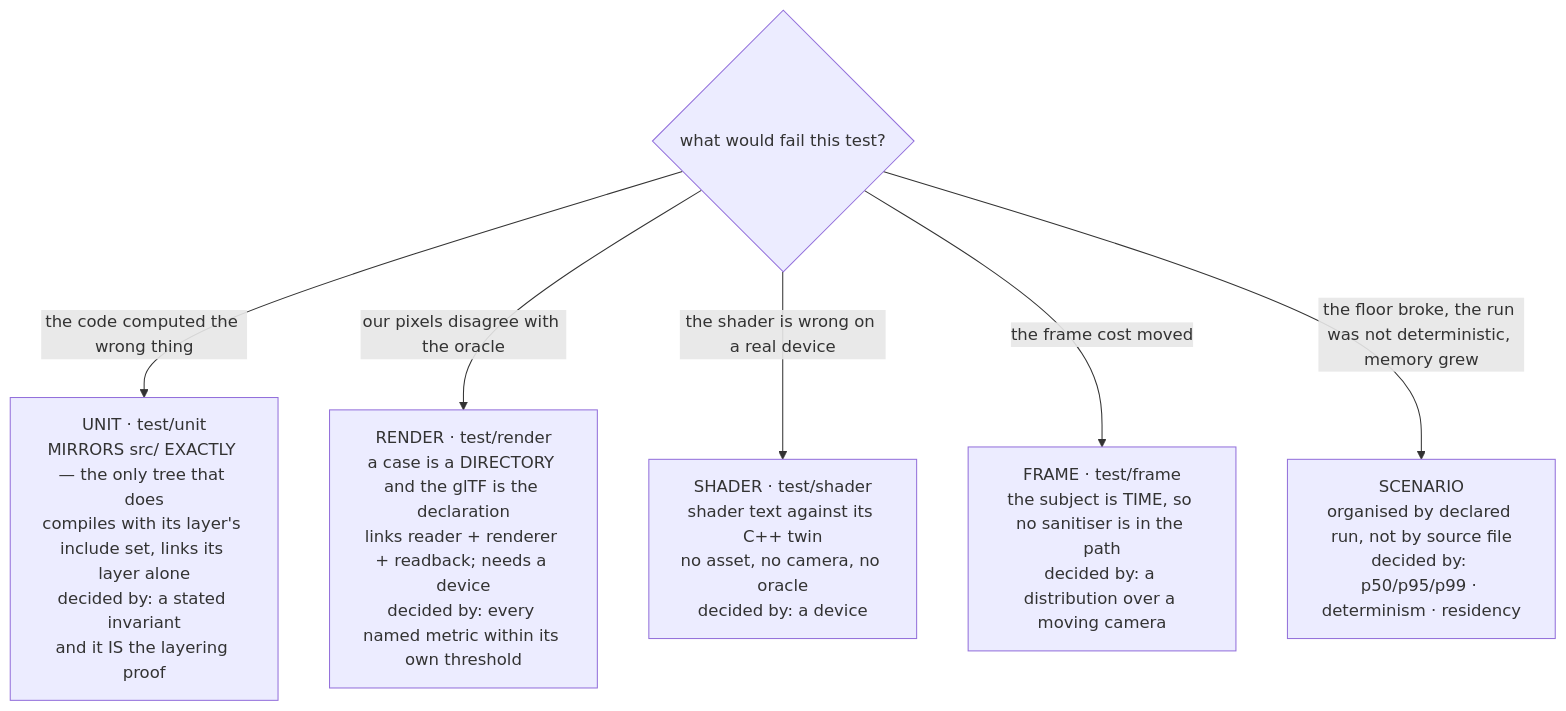
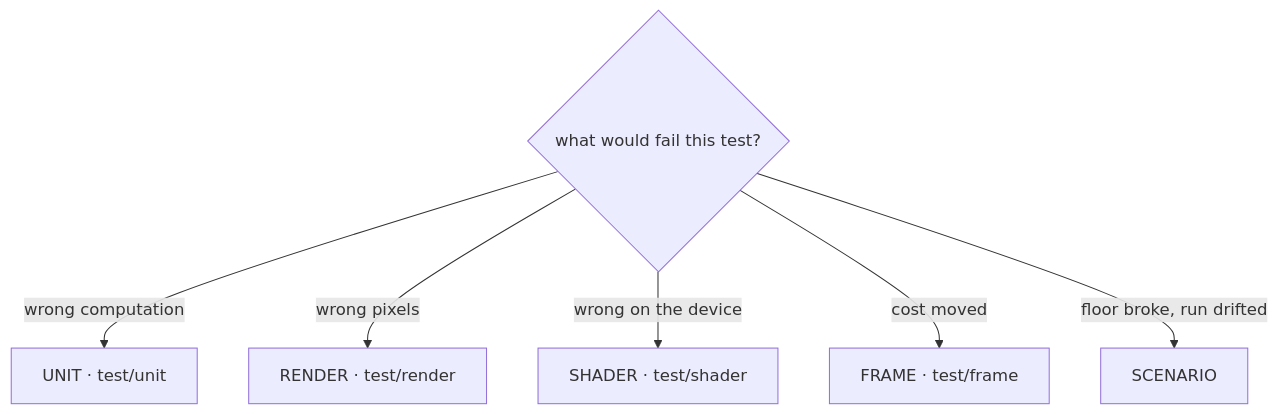
One commit to Weichwolf/outshine changed the fourth of 5 diagrams in CLAUDE.md. Above: the diagram before and after it, drawn with Mermaid. The commit also changed other lines of this file, not shown here.

````diff
--- a/CLAUDE.md
+++ b/CLAUDE.md
@@ -234,9 +279,9 @@
 ```mermaid
 flowchart TD
   q{"what would fail this test?"}
-  q -->|"the code computed the wrong thing"| u["UNIT · test/unit<br/>MIRRORS src/ EXACTLY — the only tree that does<br/>compiles with its layer's include set, links its layer alone<br/>decided by: a stated invariant<br/>and it IS the layering proof"]
-  q -->|"our pixels disagree with the oracle"| r["RENDER · test/render<br/>a case is a DIRECTORY and the glTF is the declaration<br/>links reader + renderer + readback; needs a device<br/>decided by: every named metric within its own threshold"]
-  q -->|"the shader is wrong on a real device"| s["SHADER · test/shader<br/>shader text against its C++ twin<br/>no asset, no camera, no oracle<br/>decided by: a device"]
-  q -->|"the frame cost moved"| f["FRAME · test/frame<br/>the subject is TIME, so no sanitiser is in the path<br/>decided by: a distribution over a moving camera"]
-  q -->|"the floor broke, the run was not deterministic, memory grew"| c["SCENARIO<br/>organised by declared run, not by source file<br/>decided by: p50/p95/p99 · determinism · residency"]
+  q -->|"wrong computation"| u["UNIT · test/unit"]
+  q -->|"wrong pixels"| r["RENDER · test/render"]
+  q -->|"wrong on the device"| s["SHADER · test/shader"]
+  q -->|"cost moved"| f["FRAME · test/frame"]
+  q -->|"floor broke, run drifted"| c["SCENARIO"]
 ```
````
